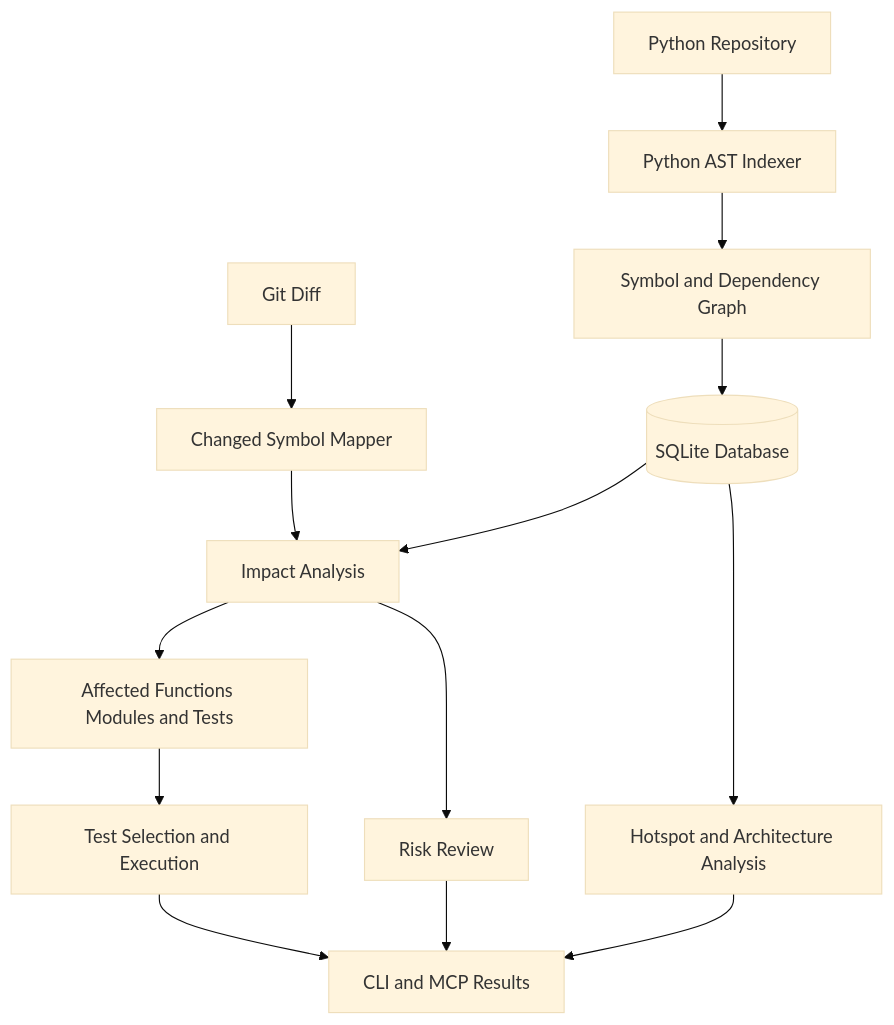
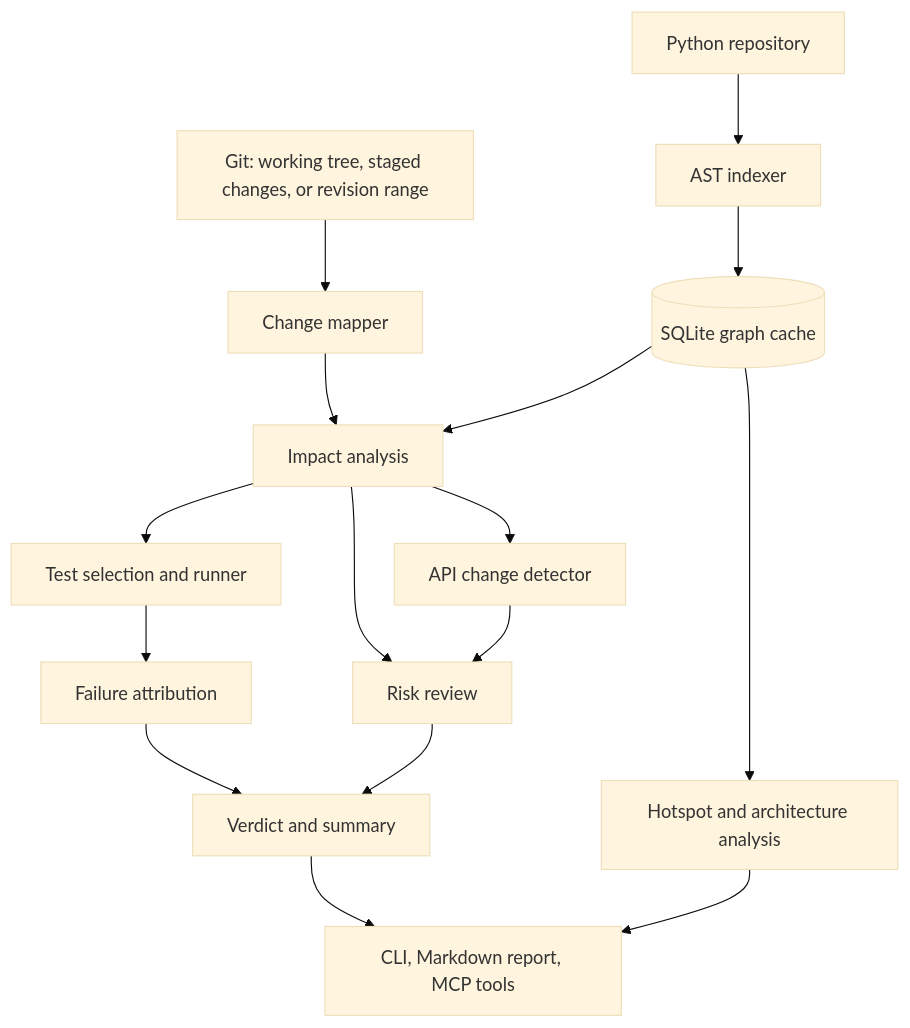
The diagram in README.md (Ommdutta26/CodeAtlas), drawn with Mermaid (base theme) before and after one commit. The commit also changed other lines of this file, not shown here.

````diff
--- a/README.md
+++ b/README.md
@@ -76,21 +113,23 @@
 ```mermaid
 flowchart TD
-    A[Python Repository] --> B[Python AST Indexer]
-    G[Git Diff] --> H[Changed Symbol Mapper]
+    A[Python repository] --> B[AST indexer]
+    B --> C[(SQLite graph cache)]
+    G[Git: working tree, staged changes, or revision range] --> H[Change mapper]
 
-    B --> C[Symbol and Dependency Graph]
-    C --> D[(SQLite Database)]
+    H --> E[Impact analysis]
+    C --> E
 
-    H --> E[Impact Analysis]
-    D --> E
+    E --> M[API change detector]
+    E --> R[Risk review]
+    E --> T[Test selection and runner]
 
-    E --> F[Affected Functions Modules and Tests]
-    F --> I[Test Selection and Execution]
+    M --> R
+    T --> X[Failure attribution]
+    X --> V[Verdict and summary]
+    R --> V
 
-    D --> J[Hotspot and Architecture Analysis]
-    E --> K[Risk Review]
+    C --> J[Hotspot and architecture analysis]
 
-    I --> L[CLI and MCP Results]
-    J --> L
-    K --> L
+    V --> O[CLI, Markdown report, MCP tools]
+    J --> O
 ```
````
